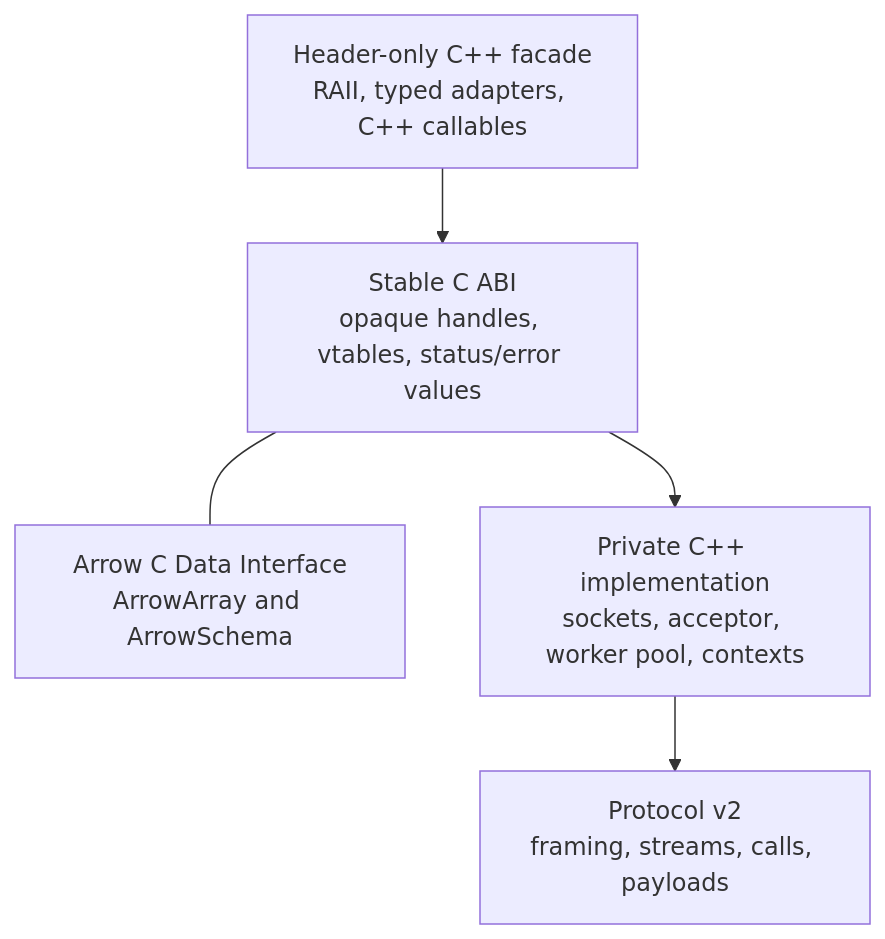
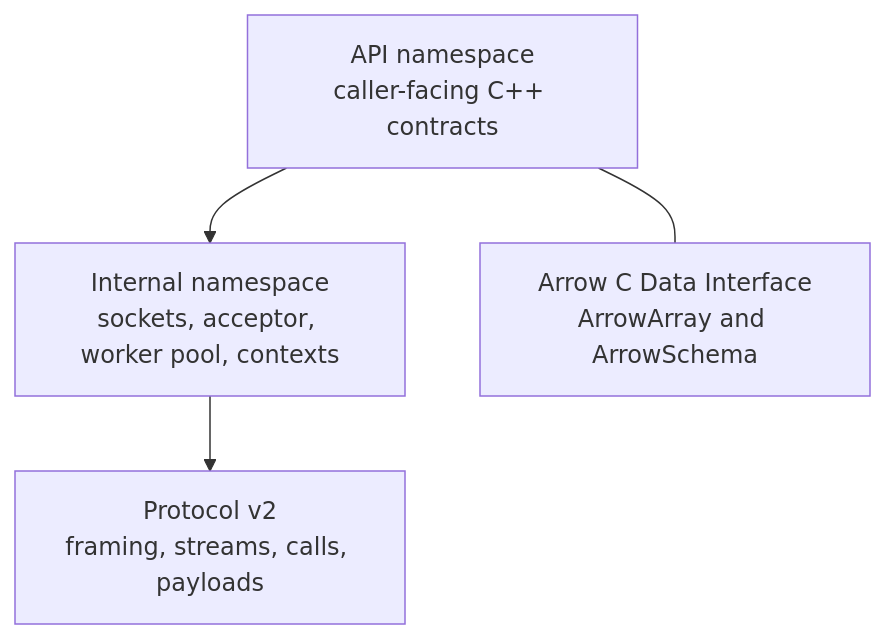
One commit to exasol/udf-runner-cpp changed the diagram in doc/design/v2/runner/layered_architecture.mmd. Above: the diagram before and after it, drawn with Mermaid. The commit also changed 7 other files, not shown here.

```diff
--- a/doc/design/v2/runner/layered_architecture.mmd
+++ b/doc/design/v2/runner/layered_architecture.mmd
@@ -1,11 +1,9 @@
 flowchart TB
-    Facade[Header-only C++ facade\nRAII, typed adapters, C++ callables]
-    CAbi[Stable C ABI\nopaque handles, vtables, status/error values]
+    Api[API namespace\ncaller-facing C++ contracts]
+    Internal[Internal namespace\nsockets, acceptor, worker pool, contexts]
     Arrow[Arrow C Data Interface\nArrowArray and ArrowSchema]
-    Impl[Private C++ implementation\nsockets, acceptor, worker pool, contexts]
     Protocol[Protocol v2\nframing, streams, calls, payloads]
 
-    Facade --> CAbi
-    CAbi --> Impl
-    CAbi --- Arrow
-    Impl --> Protocol
+    Api --> Internal
+    Api --- Arrow
+    Internal --> Protocol
```
